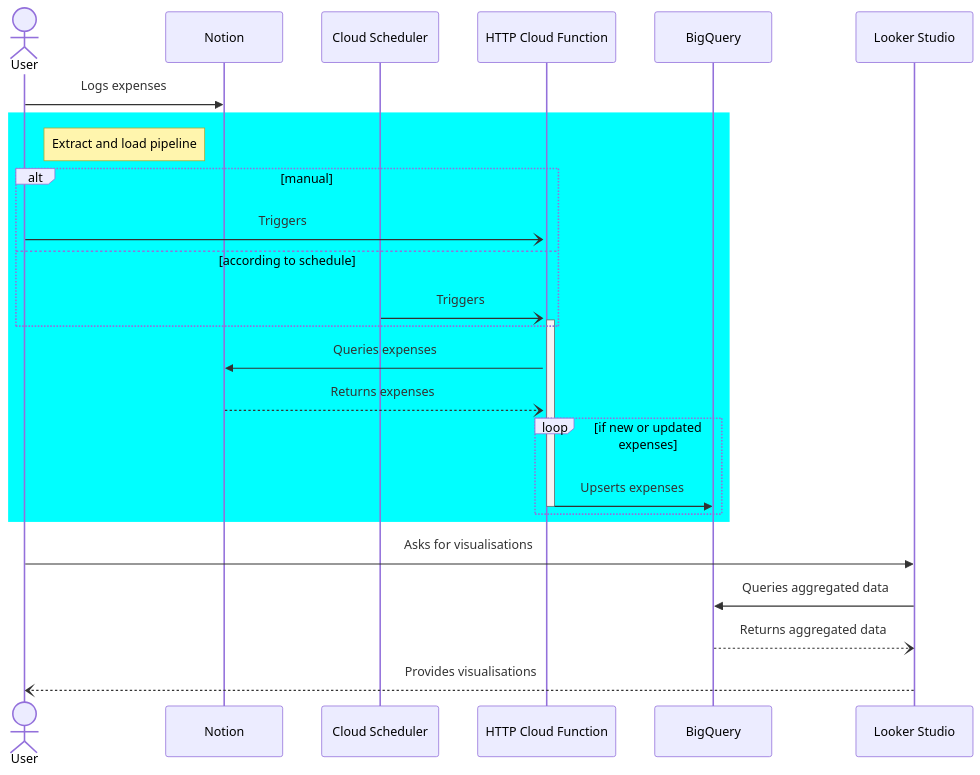
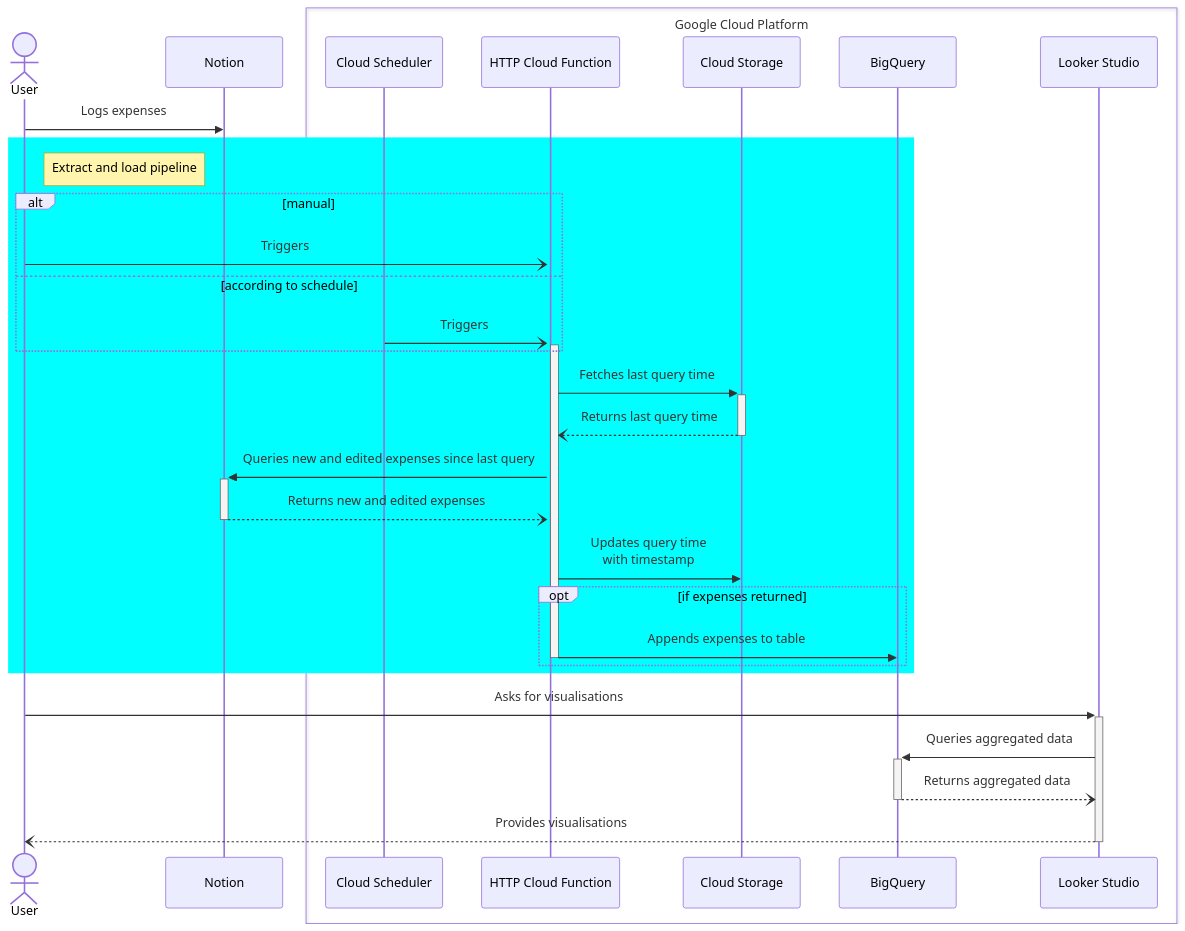
Before and after one commit to tucared/personal-expense-tracker: the diagram in README.md, drawn with Mermaid. The commit also changed other lines of this file and 9 other files, not shown here.

Commit message:
feat: added cloud function

````diff
--- a/README.md
+++ b/README.md
@@ -13,30 +13,36 @@
 ```mermaid
 sequenceDiagram
-    actor User
-    participant Notion
-    participant Cloud Scheduler
-    participant HTTP Cloud Function
-    participant BigQuery
-    participant Looker Studio
+    actor U as User
+    participant N as Notion
+    box Google Cloud Platform
+    participant CS as Cloud Scheduler
+    participant CF as HTTP Cloud Function
+    participant GCS as Cloud Storage
+    participant BQ as BigQuery
+    participant LS as Looker Studio
+    end
 
-    User->>Notion: Logs expenses
+    U->>N: Logs expenses
 
     rect rgb(0, 255, 255)
-        note right of User: Extract and load pipeline
+        note right of U: Extract and load pipeline
         alt manual
-            User-)+HTTP Cloud Function: Triggers
+            U-)+CF: Triggers
         else according to schedule
-            Cloud Scheduler-)+HTTP Cloud Function: Triggers
+            CS-)+CF: Triggers
         end
-        HTTP Cloud Function->>Notion: Queries expenses
-        Notion--)HTTP Cloud Function: Returns expenses
-        loop if new or updated expenses
-            HTTP Cloud Function->>-BigQuery: Upserts expenses
+        CF->>+GCS: Fetches last query time
+        GCS--)-CF: Returns last query time
+        CF->>+N: Queries new and edited expenses since last query
+        N--)-CF: Returns new and edited expenses
+        CF->>GCS: Updates query time <br>with timestamp
+        opt if expenses returned
+            CF->>-BQ: Appends expenses to table
         end
     end
 
-    User->>Looker Studio: Asks for visualisations
-    Looker Studio->>BigQuery: Queries aggregated data
-    BigQuery--)Looker Studio: Returns aggregated data
-    Looker Studio--)User: Provides visualisations
+    U->>+LS: Asks for visualisations
+    LS->>+BQ: Queries aggregated data
+    BQ--)-LS: Returns aggregated data
+    LS--)-U: Provides visualisations
 ```
````
